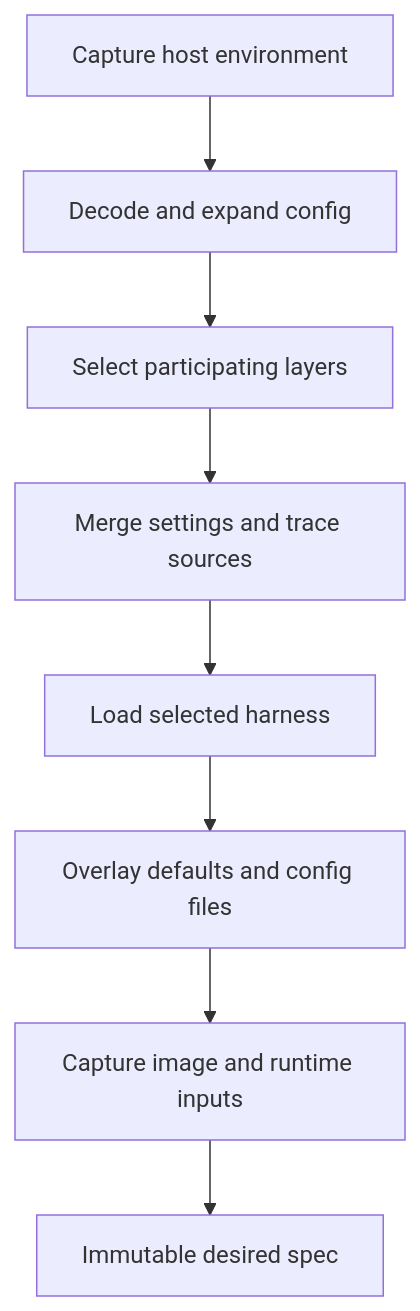
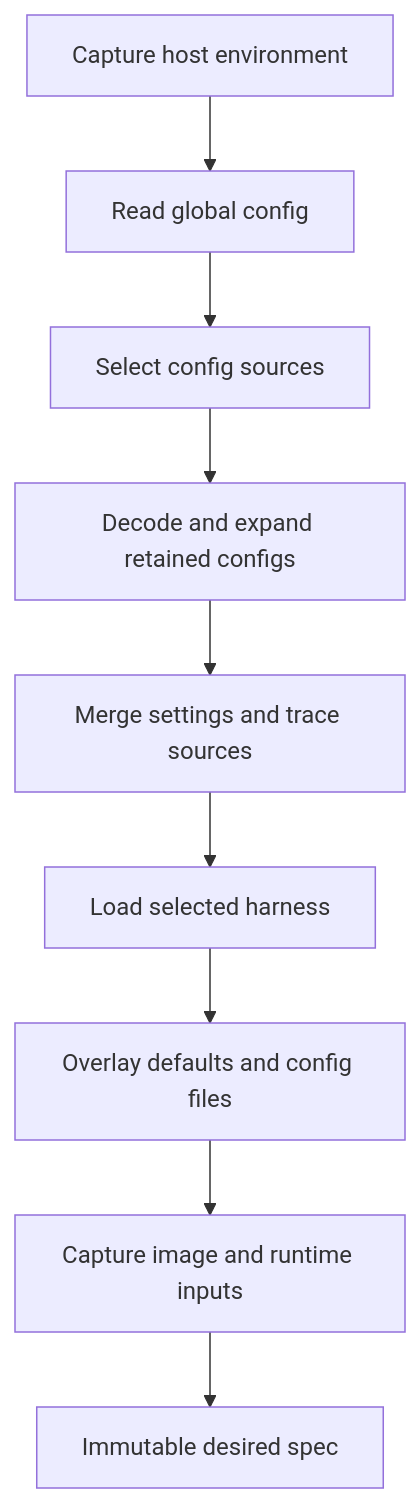
The first of 2 diagrams in docs/src/architecture/configuration.md (pip12345/devbox-neo), drawn with Mermaid before and after one commit. The commit also changed other lines of this file and 7 other files, not shown here.

Commit message:
Clarify documentation and keep internals in architecture

````diff
--- a/docs/src/architecture/configuration.md
+++ b/docs/src/architecture/configuration.md
@@ -7,10 +7,11 @@
 ```mermaid
 flowchart TD
-    HOST[Capture host environment] --> READ[Decode and expand config]
-    READ --> LAYERS[Select participating layers]
-    LAYERS --> MERGE[Merge settings and trace sources]
+    HOST[Capture host environment] --> GLOBAL[Read global config]
+    GLOBAL --> LAYERS[Select config sources]
+    LAYERS --> READ[Decode and expand retained configs]
+    READ --> MERGE[Merge settings and trace sources]
     MERGE --> HAR[Load selected harness]
     HAR --> FILES[Overlay defaults and config files]
     FILES --> PLAN[Capture image and runtime inputs]
     PLAN --> SPEC[Immutable desired spec]
 ```
````
